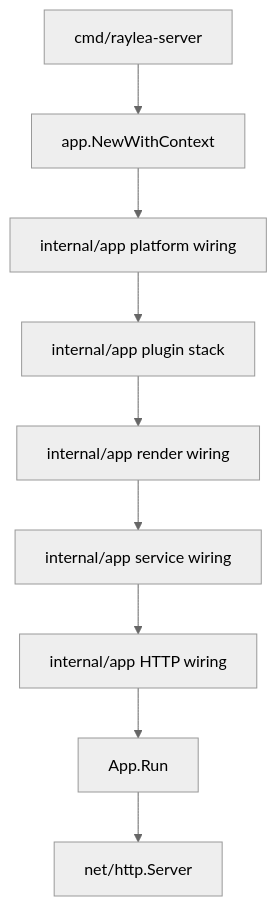
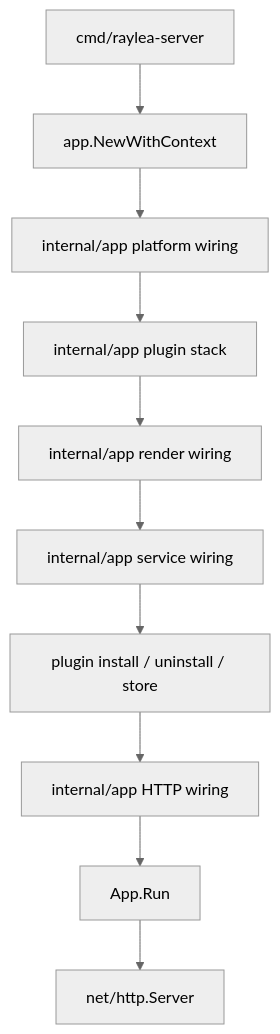
The first of 2 diagrams in docs/architecture/server-lifecycle.md (RayleaBot/RayleaBot), drawn with Mermaid (neutral theme) before and after one commit. The commit also changed other lines of this file and 66 other files, not shown here.

````diff
--- a/docs/architecture/server-lifecycle.md
+++ b/docs/architecture/server-lifecycle.md
@@ -7,11 +7,12 @@
 ```mermaid
 flowchart TD
   cmd["cmd/raylea-server"] --> build["app.NewWithContext"]
   build --> platform["internal/app platform wiring"]
   platform --> pluginstate["internal/app plugin stack"]
   pluginstate --> render["internal/app render wiring"]
   render --> services["internal/app service wiring"]
-  services --> httpwire["internal/app HTTP wiring"]
+  services --> mutations["plugin install / uninstall / store"]
+  mutations --> httpwire["internal/app HTTP wiring"]
   httpwire --> run["App.Run"]
   run --> server["net/http.Server"]
 ```
````
